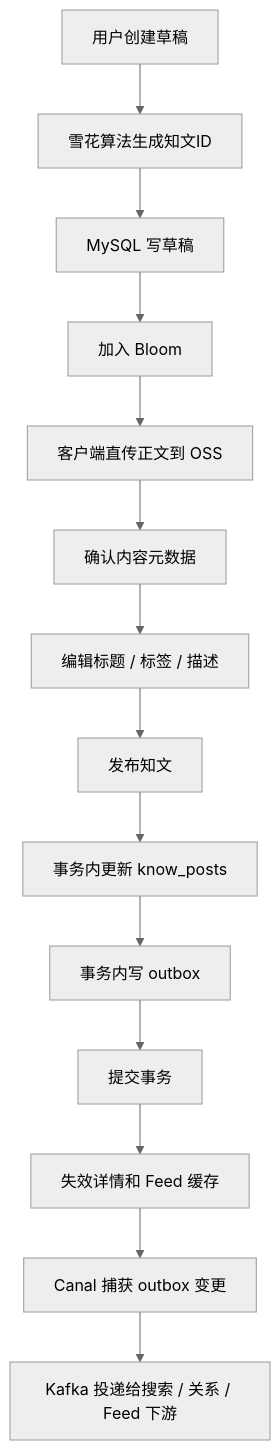
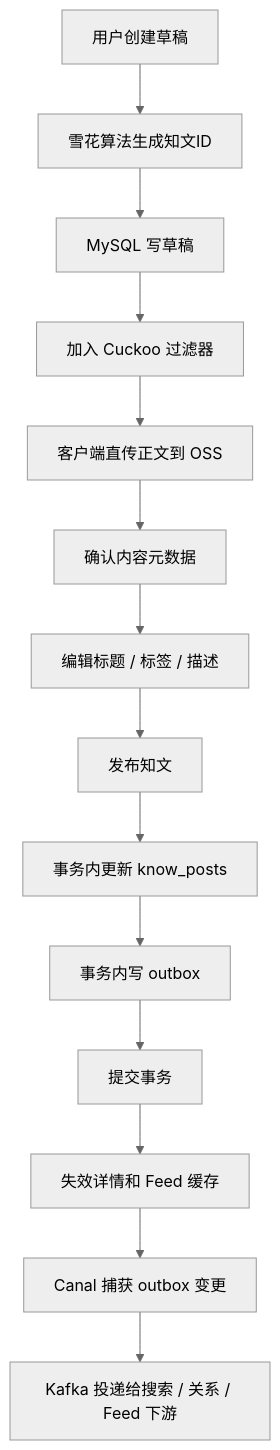
Before and after one commit to bitladykiller/zhiguang_go: the third of 7 diagrams in README.md, drawn with Mermaid (neutral theme). The commit also changed other lines of this file and 10 other files, not shown here.

First line of the commit message:
feat(cache): replace classic Bloom with deletable Cuckoo filter

````diff
--- a/README.md
+++ b/README.md
@@ -447,16 +447,16 @@
 ```mermaid
 flowchart TD
     A[用户创建草稿] --> B[雪花算法生成知文ID]
     B --> C[MySQL 写草稿]
-    C --> D[加入 Bloom]
+    C --> D[加入 Cuckoo 过滤器]
     D --> E[客户端直传正文到 OSS]
     E --> F[确认内容元数据]
     F --> G[编辑标题 / 标签 / 描述]
     G --> H[发布知文]
     H --> I[事务内更新 know_posts]
     I --> J[事务内写 outbox]
     J --> K[提交事务]
     K --> L[失效详情和 Feed 缓存]
     L --> M[Canal 捕获 outbox 变更]
     M --> N[Kafka 投递给搜索 / 关系 / Feed 下游]
 ```
````
